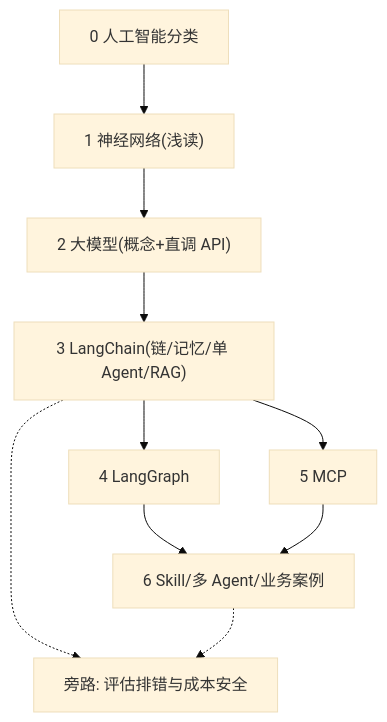
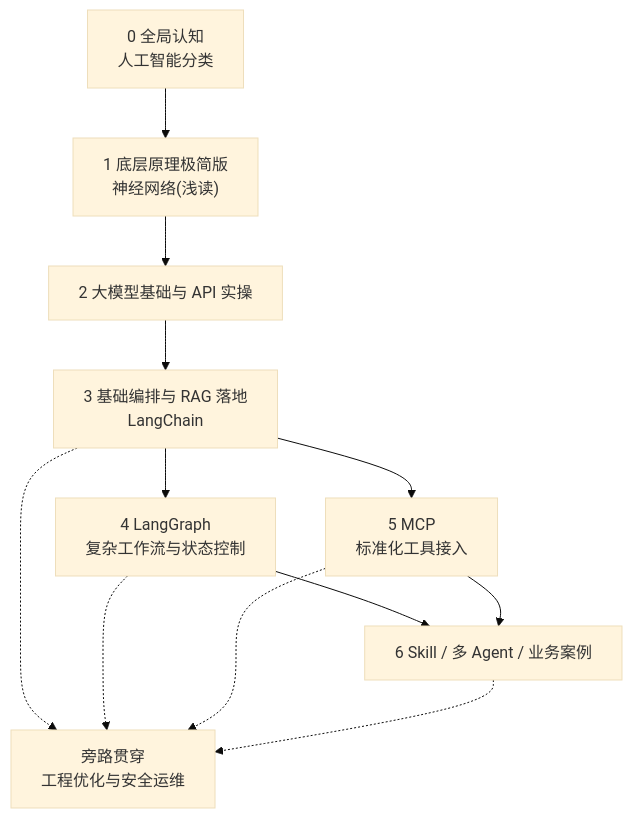
One commit to l552177239/my-note changed the diagram in docs/03.AI/01.学习路线.md. Above: the diagram before and after it, drawn with Mermaid (base theme). The commit also changed other lines of this file and 4 other files, not shown here.

````diff
--- a/docs/03.AI/01.学习路线.md
+++ b/docs/03.AI/01.学习路线.md
@@ -57,12 +59,14 @@
 ```mermaid
 flowchart TB
-  A["0 人工智能分类"] --> B["1 神经网络(浅读)"]
-  B --> C["2 大模型(概念+直调 API)"]
-  C --> D["3 LangChain(链/记忆/单 Agent/RAG)"]
-  D --> E["4 LangGraph"]
-  D --> F["5 MCP"]
-  E --> G["6 Skill/多 Agent/业务案例"]
+  A["0 全局认知<br/>人工智能分类"] --> B["1 底层原理极简版<br/>神经网络(浅读)"]
+  B --> C["2 大模型基础与 API 实操"]
+  C --> D["3 基础编排与 RAG 落地<br/>LangChain"]
+  D --> E["4 LangGraph<br/>复杂工作流与状态控制"]
+  D --> F["5 MCP<br/>标准化工具接入"]
+  E --> G["6 Skill / 多 Agent / 业务案例"]
   F --> G
-  D -.-> H["旁路: 评估排错与成本安全"]
+  D -.-> H["旁路贯穿<br/>工程优化与安全运维"]
+  E -.-> H
+  F -.-> H
   G -.-> H
 ```
````
